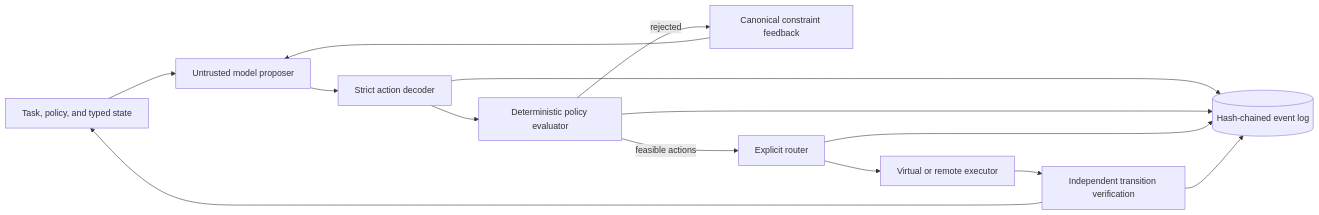
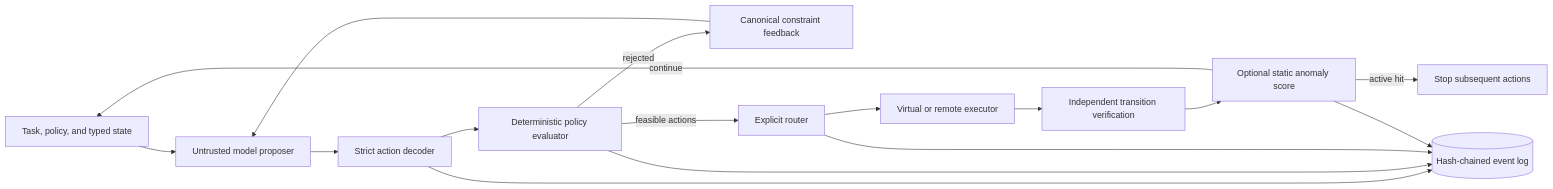
One commit to darshgarg7/Bouncer changed the diagram in docs/SYSTEM_DESIGN_WALKTHROUGH.md. Above: the diagram before and after it, drawn with Mermaid. The commit also changed other lines of this file and 35 other files, not shown here.

Commit message:
Promote static anomaly scoring to runtime gates

````diff
--- a/docs/SYSTEM_DESIGN_WALKTHROUGH.md
+++ b/docs/SYSTEM_DESIGN_WALKTHROUGH.md
@@ -18,16 +18,18 @@
 ```mermaid
 flowchart LR
     T["Task, policy, and typed state"] --> M["Untrusted model proposer"]
     M --> D["Strict action decoder"]
     D --> P["Deterministic policy evaluator"]
     P -->|"rejected"| F["Canonical constraint feedback"]
     F --> M
     P -->|"feasible actions"| R["Explicit router"]
     R --> E["Virtual or remote executor"]
     E --> V["Independent transition verification"]
-    V --> T
+    V --> A["Optional static anomaly score"]
+    A -->|"continue"| T
+    A -->|"active hit"| S["Stop subsequent actions"]
     D --> L[("Hash-chained event log")]
     P --> L
     R --> L
-    V --> L
+    A --> L
 ```
````
